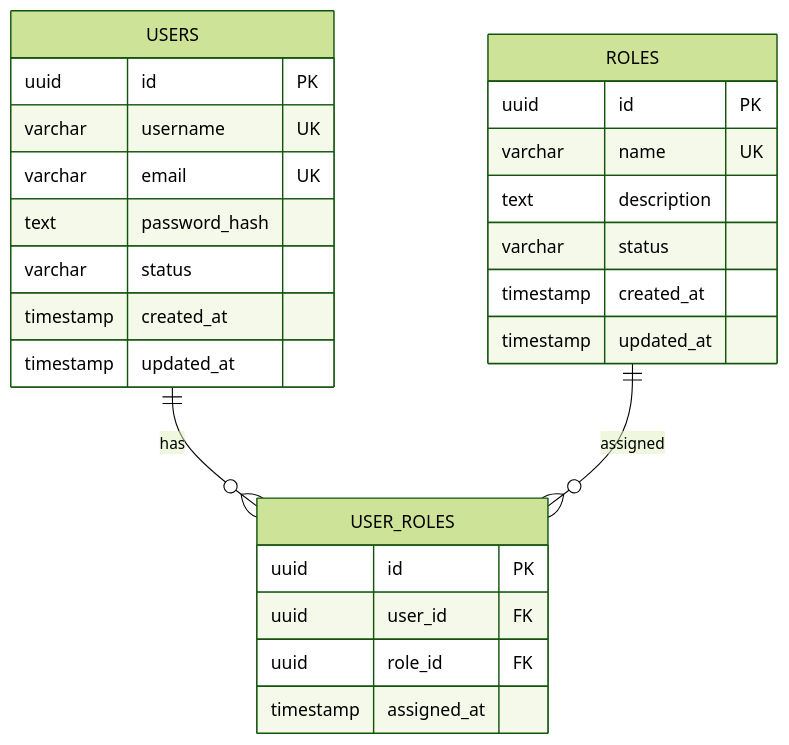
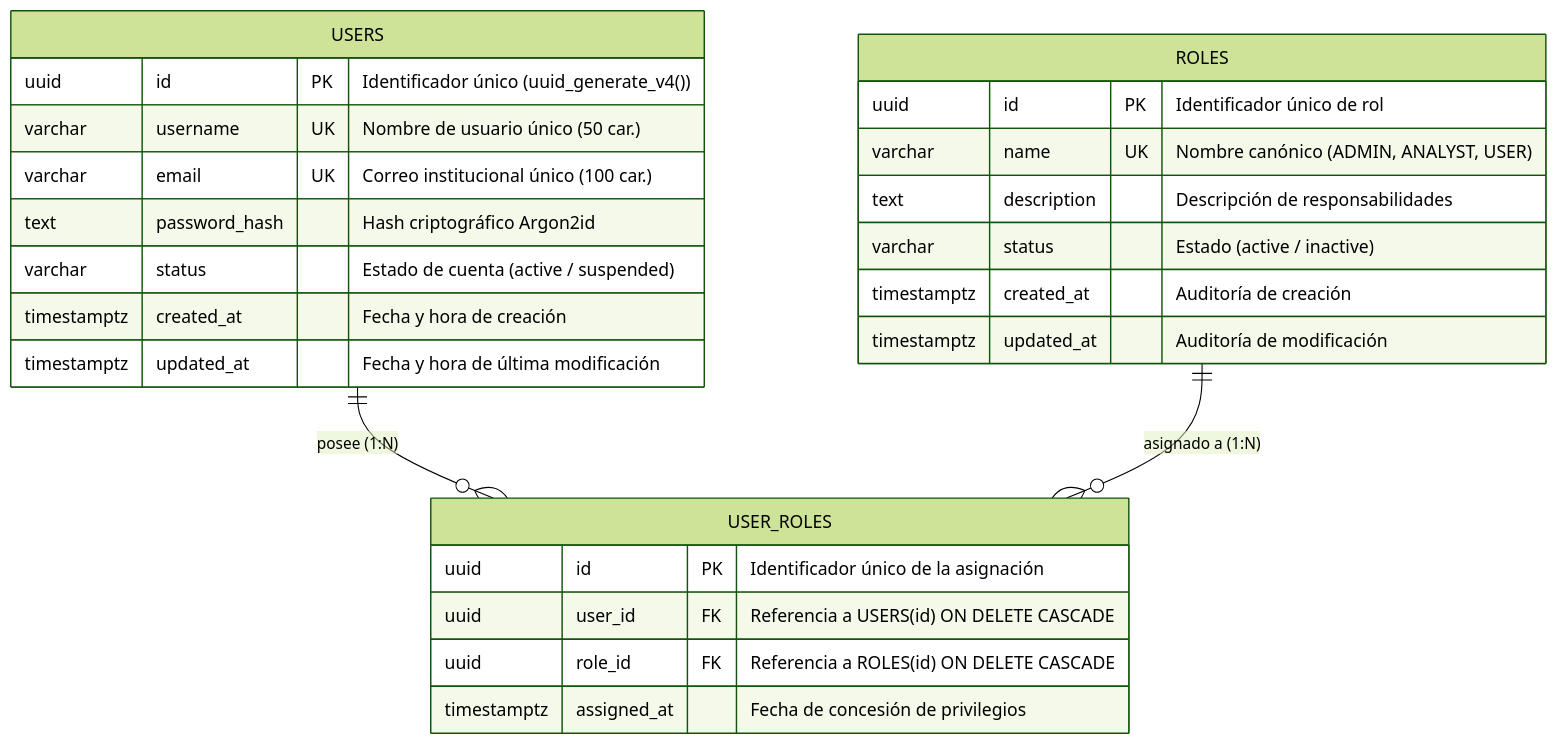
Before and after one commit to Jdquimbiulco/IntiLink: the diagram in docs/ERD.md, drawn with Mermaid (forest theme). The commit also changed other lines of this file and 21 other files, not shown here.

````diff
--- a/docs/ERD.md
+++ b/docs/ERD.md
@@ -3,28 +10,31 @@
 ```mermaid
 erDiagram
-  USERS {
-    uuid id PK
-    varchar username UK
-    varchar email UK
-    text password_hash
-    varchar status
-    timestamp created_at
-    timestamp updated_at
-  }
-  ROLES {
-    uuid id PK
-    varchar name UK
-    text description
-    varchar status
-    timestamp created_at
-    timestamp updated_at
-  }
-  USER_ROLES {
-    uuid id PK
-    uuid user_id FK
-    uuid role_id FK
-    timestamp assigned_at
-  }
-  USERS ||--o{ USER_ROLES : has
-  ROLES ||--o{ USER_ROLES : assigned
+    USERS ||--o{ USER_ROLES : "posee (1:N)"
+    ROLES ||--o{ USER_ROLES : "asignado a (1:N)"
+
+    USERS {
+        uuid id PK "Identificador único (uuid_generate_v4())"
+        varchar username UK "Nombre de usuario único (50 car.)"
+        varchar email UK "Correo institucional único (100 car.)"
+        text password_hash "Hash criptográfico Argon2id"
+        varchar status "Estado de cuenta (active / suspended)"
+        timestamptz created_at "Fecha y hora de creación"
+        timestamptz updated_at "Fecha y hora de última modificación"
+    }
+
+    ROLES {
+        uuid id PK "Identificador único de rol"
+        varchar name UK "Nombre canónico (ADMIN, ANALYST, USER)"
+        text description "Descripción de responsabilidades"
+        varchar status "Estado (active / inactive)"
+        timestamptz created_at "Auditoría de creación"
+        timestamptz updated_at "Auditoría de modificación"
+    }
+
+    USER_ROLES {
+        uuid id PK "Identificador único de la asignación"
+        uuid user_id FK "Referencia a USERS(id) ON DELETE CASCADE"
+        uuid role_id FK "Referencia a ROLES(id) ON DELETE CASCADE"
+        timestamptz assigned_at "Fecha de concesión de privilegios"
+    }
 ```
````
